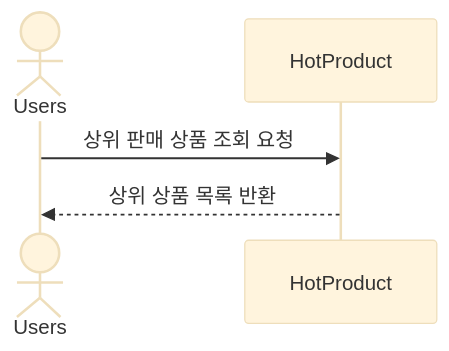
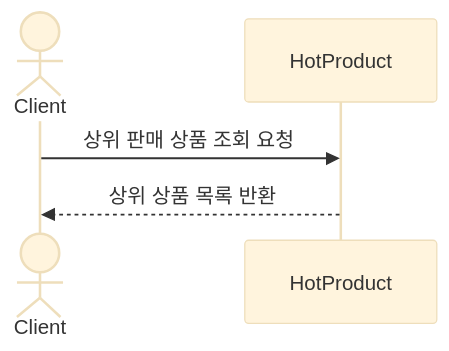
Before and after one commit to KMGeon/hhplus-e-commerce: the eighth of 8 diagrams in docs/SequenceDiagram.md, drawn with Mermaid (base theme). The commit also changed other lines of this file, not shown here.

Commit message:
[DOCS] : 시퀀스 다이어그램

````diff
--- a/docs/SequenceDiagram.md
+++ b/docs/SequenceDiagram.md
@@ -178,8 +339,8 @@
 ```mermaid
 sequenceDiagram
-    actor Users
+    actor Client
     participant HotProduct
     
-    Users->>HotProduct: 상위 판매 상품 조회 요청
-    HotProduct-->>Users: 상위 상품 목록 반환
+    Client->>HotProduct: 상위 판매 상품 조회 요청
+    HotProduct-->>Client: 상위 상품 목록 반환
 ```
````
